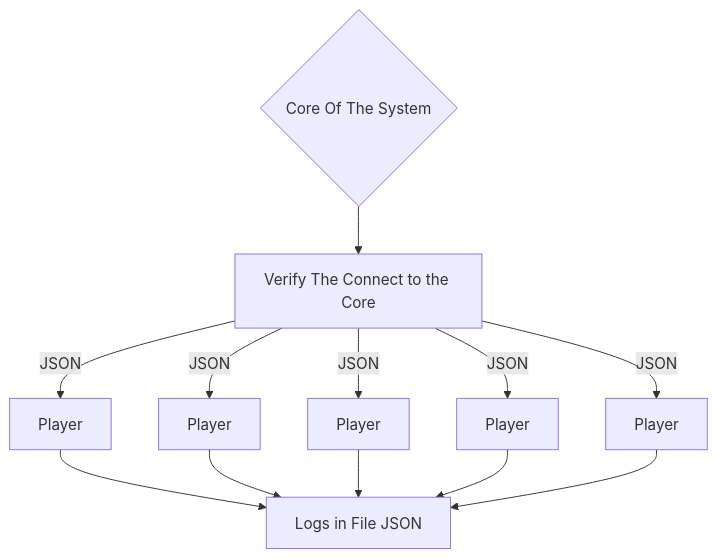
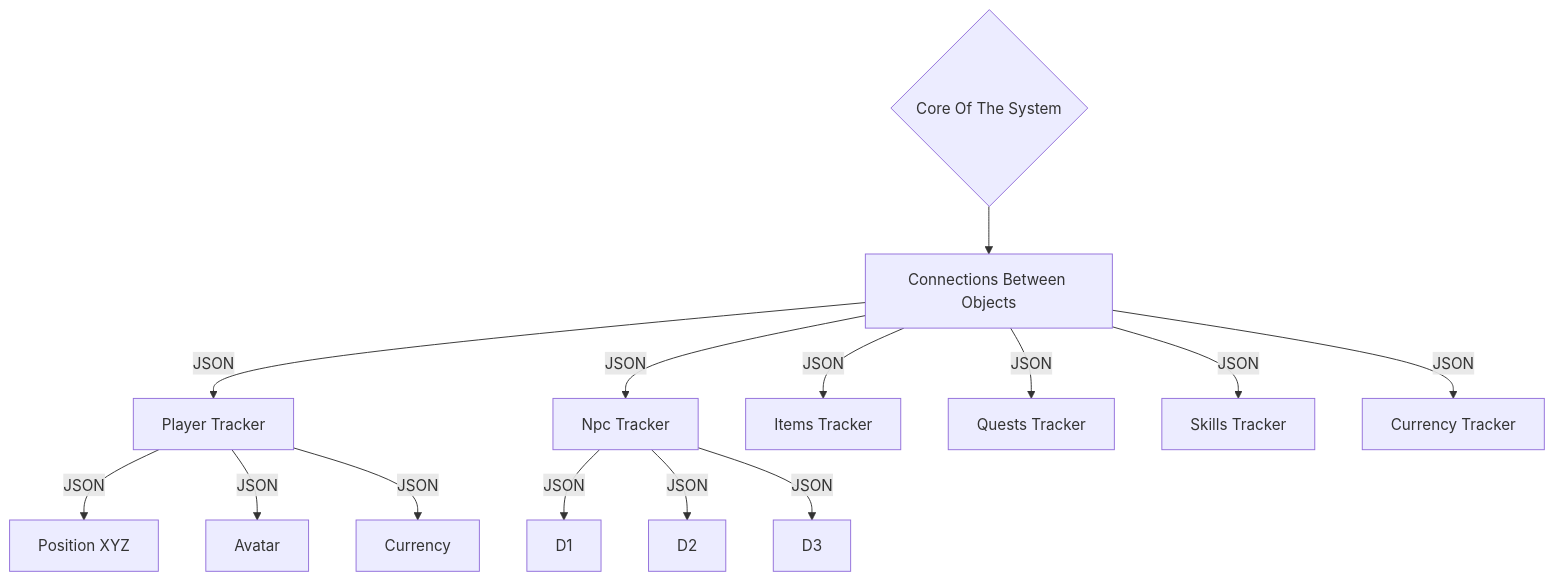
One commit to Darrenvandervelde/Cardinal-System-Tree changed the diagram in README.md. Above: the diagram before and after it, drawn with Mermaid.

````diff
--- a/README.md
+++ b/README.md
@@ -1,26 +1,38 @@
 ```mermaid
 
 flowchart TB
   A{Core Of The System}
-  AA[Logs in File JSON]
-  B[Verify The Connect to the Core]
-  C[Player]
-  D[Player]
-  E[Player]
-  F[Player]
-  G[Player]
+
+  B[Connections Between Objects]
+
+  C[Player Tracker]
+  C1[Position XYZ]
+  C2[Avatar]
+  C3[Currency]
+
+  D[Npc Tracker]
+
+  E[Items Tracker]
+
+  F[Quests Tracker]
+
+  G[Skills Tracker]
+
+  H[Currency Tracker]
 
   A --> B
   B -- JSON --> C
   B -- JSON --> D
   B -- JSON --> E
   B -- JSON --> F
   B -- JSON --> G
+  B -- JSON --> H
 
+  C -- JSON --> C1
+  C -- JSON --> C2
+  C -- JSON --> C3
 
-  C --> AA
-  D --> AA
-  E --> AA
-  F --> AA
-  G --> AA
+  D -- JSON --> D1
+  D -- JSON --> D2
+  D -- JSON --> D3
 ```
````
